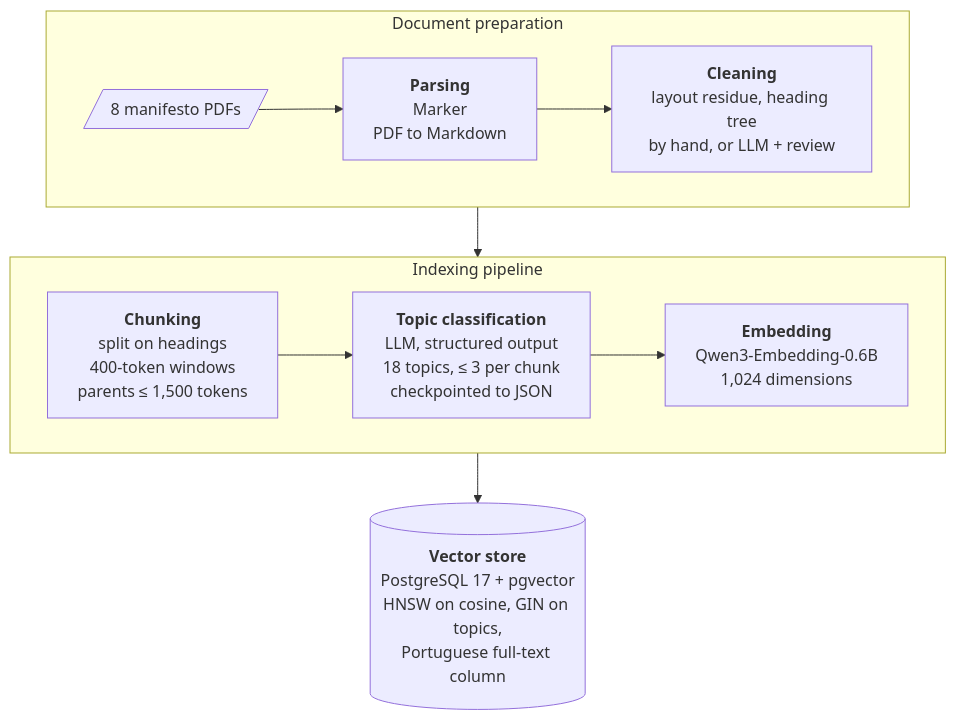
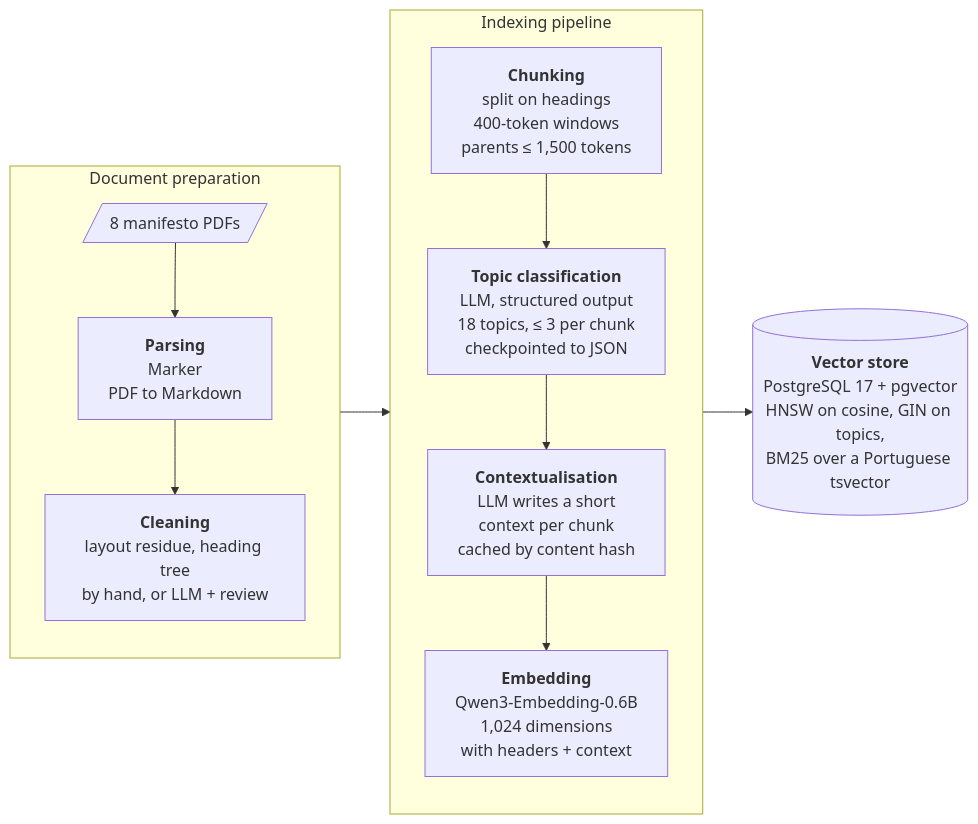
The second of 5 diagrams in docs/architecture.md (afonsoni/thesis), drawn with Mermaid before and after one commit. The commit also changed other lines of this file and 6 other files, not shown here.

First line of the commit message:
docs(architecture): bring the diagrams up to date with the pipeline

````diff
--- a/docs/architecture.md
+++ b/docs/architecture.md
@@ -65,16 +67,16 @@
 ```mermaid
-flowchart TD
+flowchart LR
     subgraph PREP["Document preparation"]
-        direction LR
+        direction TB
         PDF[/"8 manifesto PDFs"/] --> PARSE["<b>Parsing</b><br/>Marker<br/>PDF to Markdown"] --> CLEAN["<b>Cleaning</b><br/>layout residue, heading tree<br/>by hand, or LLM + review"]
     end
 
     subgraph IDX["Indexing pipeline"]
-        direction LR
-        CHUNK["<b>Chunking</b><br/>split on headings<br/>400-token windows<br/>parents ≤ 1,500 tokens"] --> CLS["<b>Topic classification</b><br/>LLM, structured output<br/>18 topics, ≤ 3 per chunk<br/>checkpointed to JSON"] --> EMB["<b>Embedding</b><br/>Qwen3-Embedding-0.6B<br/>1,024 dimensions"]
+        direction TB
+        CHUNK["<b>Chunking</b><br/>split on headings<br/>400-token windows<br/>parents ≤ 1,500 tokens"] --> CLS["<b>Topic classification</b><br/>LLM, structured output<br/>18 topics, ≤ 3 per chunk<br/>checkpointed to JSON"] --> CTXT["<b>Contextualisation</b><br/>LLM writes a short<br/>context per chunk<br/>cached by content hash"] --> EMB["<b>Embedding</b><br/>Qwen3-Embedding-0.6B<br/>1,024 dimensions<br/>with headers + context"]
     end
 
-    VS[("<b>Vector store</b><br/>PostgreSQL 17 + pgvector<br/>HNSW on cosine, GIN on topics,<br/>Portuguese full-text column")]
+    VS[("<b>Vector store</b><br/>PostgreSQL 17 + pgvector<br/>HNSW on cosine, GIN on topics,<br/>BM25 over a Portuguese tsvector")]
 
     PREP --> IDX --> VS
 ```
````
